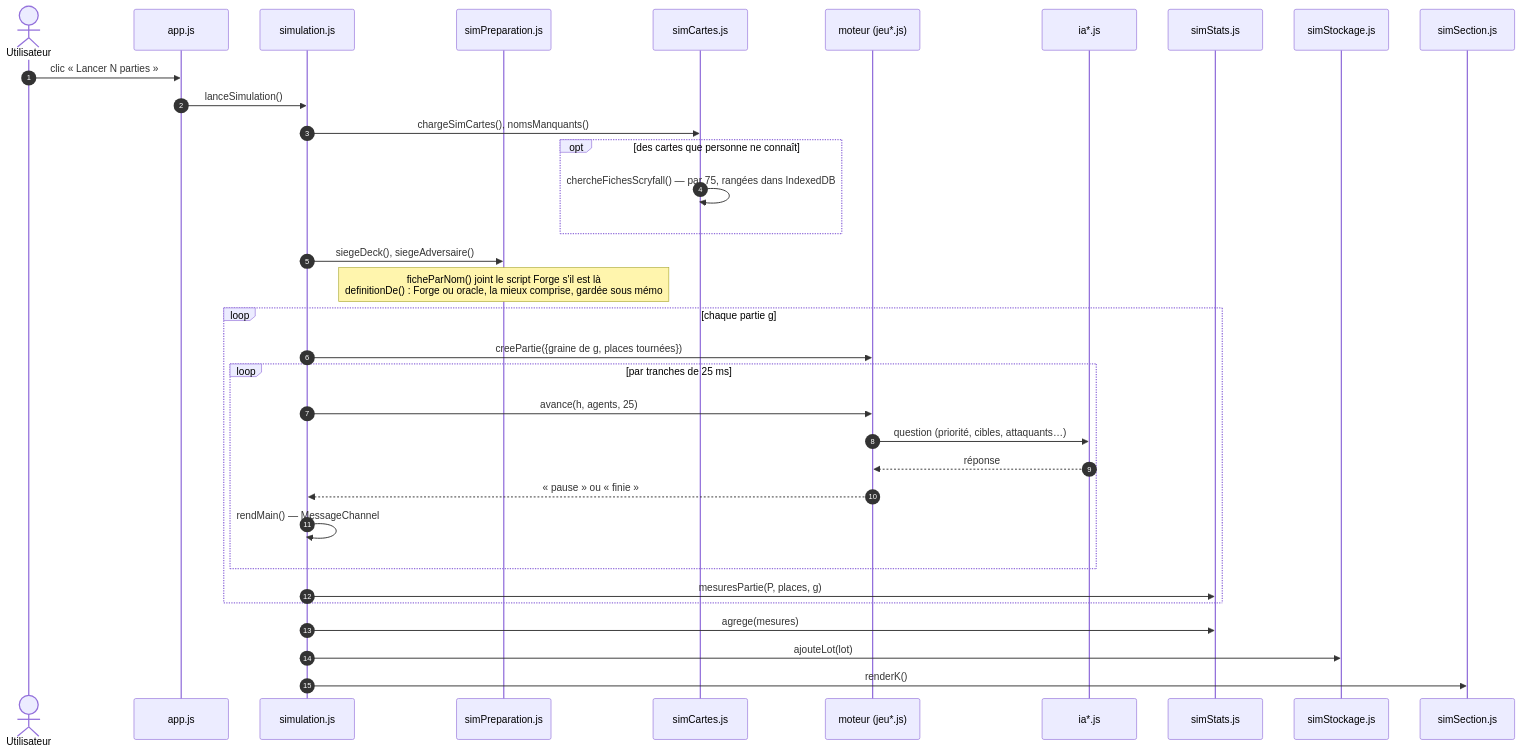
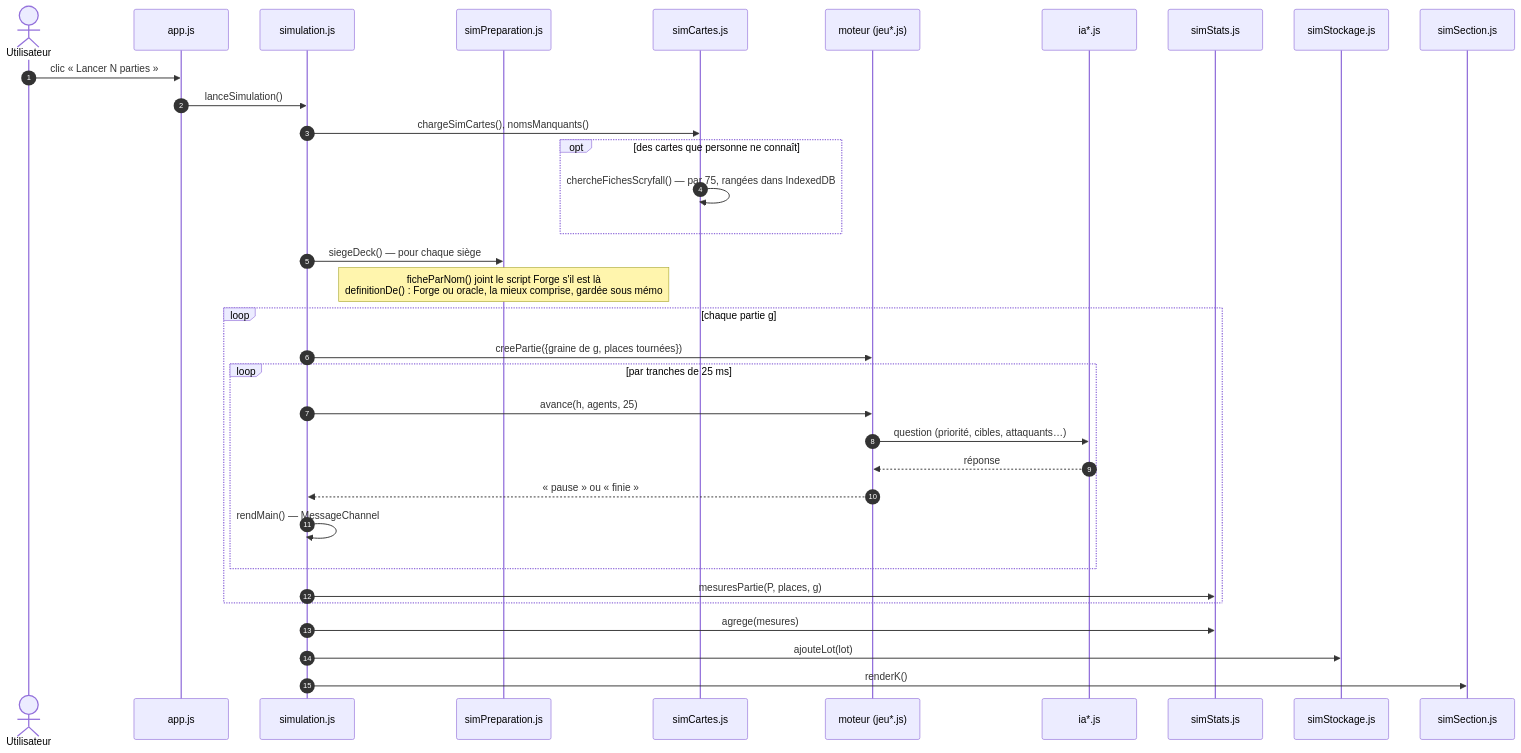
One commit to HJoudrier/MtgDeckBuilder_v3 changed diagram 19 of 26 in PARCOURS.md. Above: the diagram before and after it, drawn with Mermaid. The commit also changed other lines of this file and 27 other files, not shown here.

````diff
--- a/PARCOURS.md
+++ b/PARCOURS.md
@@ -754,37 +754,37 @@
 ```mermaid
 sequenceDiagram
     autonumber
     actor U as Utilisateur
     participant APP as app.js
     participant SIM as simulation.js
     participant PREP as simPreparation.js
     participant CAR as simCartes.js
     participant MOT as moteur (jeu*.js)
     participant IA as ia*.js
     participant ST as simStats.js
     participant RES as simStockage.js
     participant UI as simSection.js
 
     U->>APP: clic « Lancer N parties »
     APP->>SIM: lanceSimulation()
     SIM->>CAR: chargeSimCartes(), nomsManquants()
     opt des cartes que personne ne connaît
         CAR->>CAR: chercheFichesScryfall() — par 75, rangées dans IndexedDB
     end
-    SIM->>PREP: siegeDeck(), siegeAdversaire()
+    SIM->>PREP: siegeDeck() — pour chaque siège
     Note over PREP: ficheParNom() joint le script Forge s'il est là<br/>definitionDe() : Forge ou oracle, la mieux comprise, gardée sous mémo
     loop chaque partie g
         SIM->>MOT: creePartie({graine de g, places tournées})
         loop par tranches de 25 ms
             SIM->>MOT: avance(h, agents, 25)
             MOT->>IA: question (priorité, cibles, attaquants…)
             IA-->>MOT: réponse
             MOT-->>SIM: « pause » ou « finie »
             SIM->>SIM: rendMain() — MessageChannel
         end
         SIM->>ST: mesuresPartie(P, places, g)
     end
     SIM->>ST: agrege(mesures)
     SIM->>RES: ajouteLot(lot)
     SIM->>UI: renderK()
 ```
````
